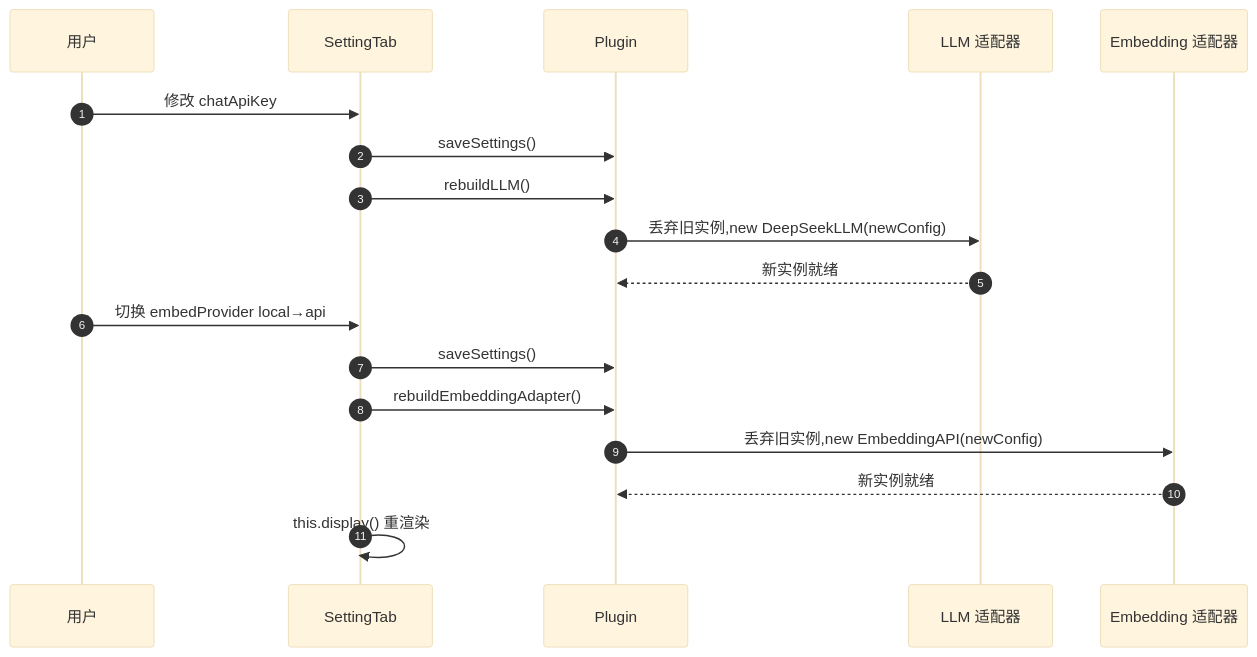
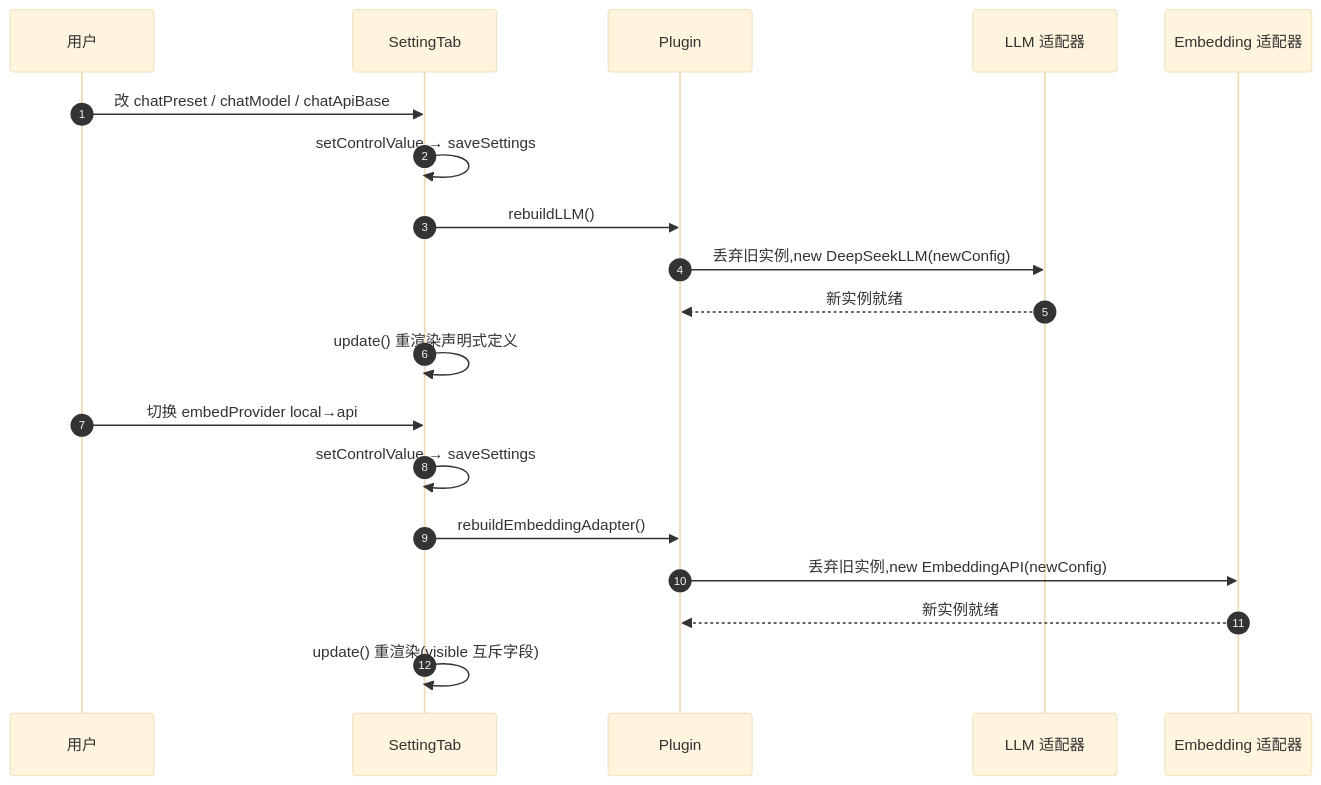
The third of 3 diagrams in docs/architecture/host/settings.md (golddream-y/obsidian-ratel), drawn with Mermaid (base theme) before and after one commit. The commit also changed other lines of this file and 50 other files, not shown here.

````diff
--- a/docs/architecture/host/settings.md
+++ b/docs/architecture/host/settings.md
@@ -208,22 +218,23 @@
 ```mermaid
 sequenceDiagram
     autonumber
     participant U as 用户
     participant ST as SettingTab
     participant P as Plugin
     participant LLM as LLM 适配器
     participant EMB as Embedding 适配器
 
-    U->>ST: 修改 chatApiKey
-    ST->>P: saveSettings()
+    U->>ST: 改 chatPreset / chatModel / chatApiBase
+    ST->>ST: setControlValue → saveSettings
     ST->>P: rebuildLLM()
     P->>LLM: 丢弃旧实例,new DeepSeekLLM(newConfig)
     LLM-->>P: 新实例就绪
+    ST->>ST: update() 重渲染声明式定义
 
     U->>ST: 切换 embedProvider local→api
-    ST->>P: saveSettings()
+    ST->>ST: setControlValue → saveSettings
     ST->>P: rebuildEmbeddingAdapter()
     P->>EMB: 丢弃旧实例,new EmbeddingAPI(newConfig)
     EMB-->>P: 新实例就绪
-    ST->>ST: this.display() 重渲染
+    ST->>ST: update() 重渲染(visible 互斥字段)
 ```
````
